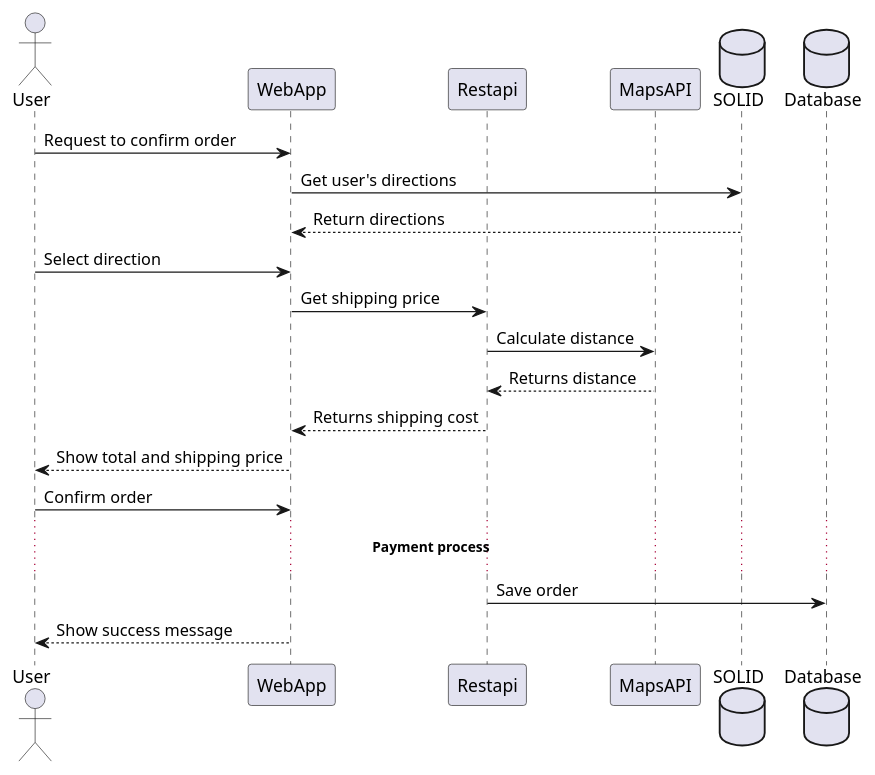
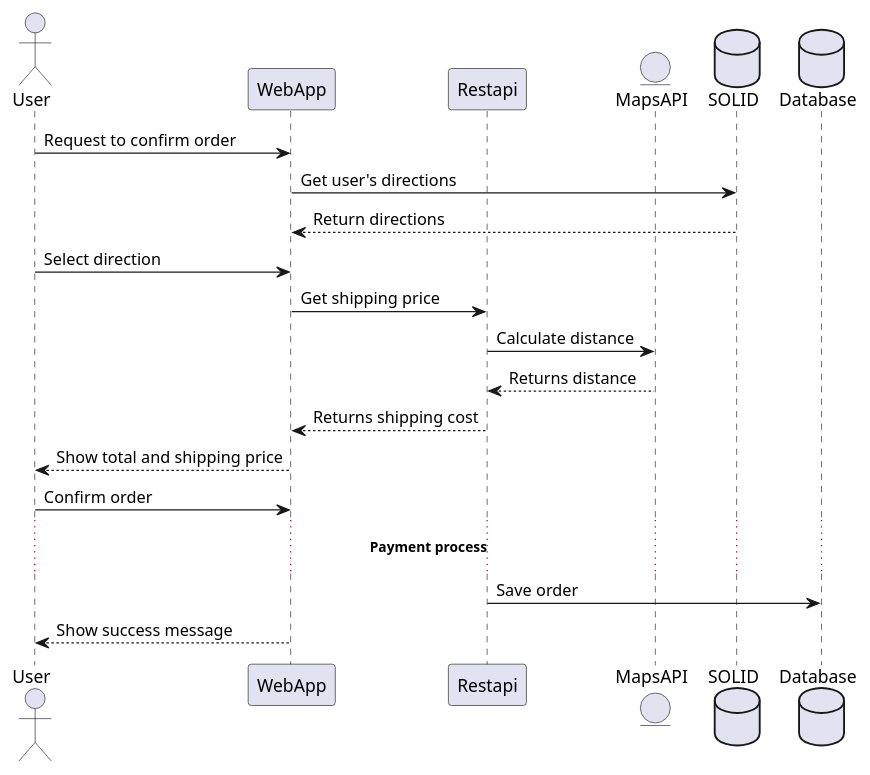
One commit to Arquisoft/dede_es5a changed the sixth of 6 diagrams in docs/06_runtime_view.adoc. Above: the diagram before and after it, drawn with PlantUML.

Commit message:
Cambiado la forma de representar MAP API

```diff
--- a/docs/06_runtime_view.adoc
+++ b/docs/06_runtime_view.adoc
@@ -141,24 +141,24 @@
 [plantuml,"Sequence diagram_Register_sale_event",png]
 ----
 @startuml
 actor User
 participant WebApp
 participant Restapi
-participant MapsAPI
+entity MapsAPI
 database SOLID
 database Database
 User -> WebApp: Request to confirm order
 WebApp -> SOLID: Get user's directions
 WebApp <-- SOLID: Return directions
 User -> WebApp: Select direction
 WebApp -> Restapi: Get shipping price
 Restapi -> MapsAPI: Calculate distance
 Restapi <-- MapsAPI: Returns distance
 WebApp <-- Restapi: Returns shipping cost
 User <-- WebApp: Show total and shipping price
 User -> WebApp: Confirm order
 ... **Payment process** ...
 Restapi -> Database: Save order
 WebApp --> User: Show success message
 @enduml
 ----
```
